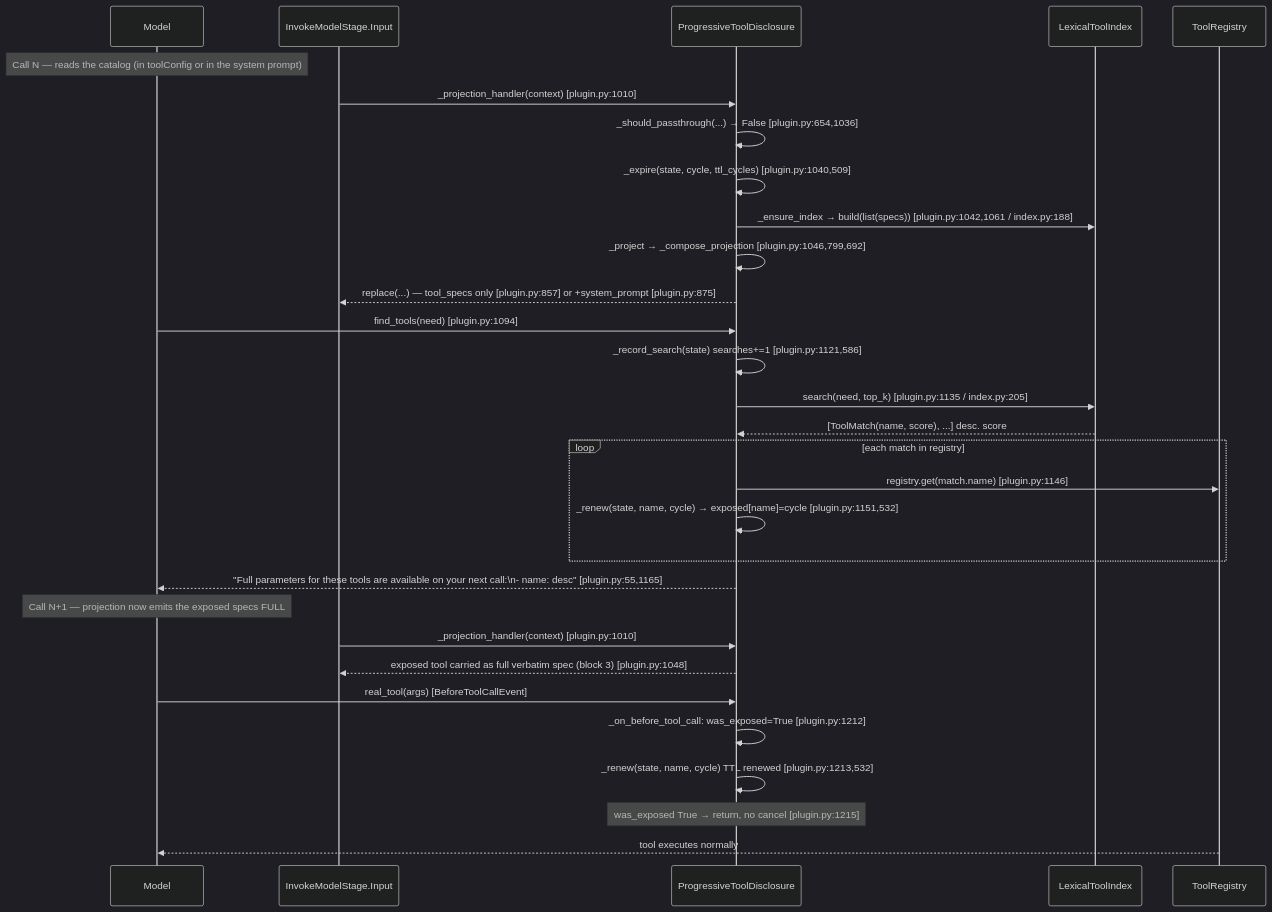
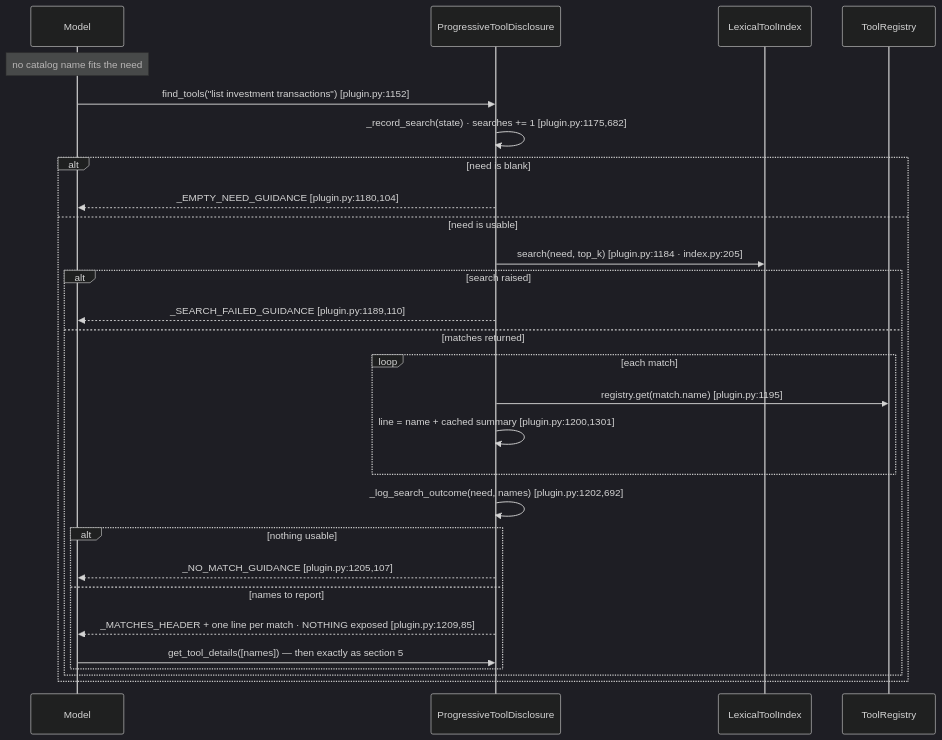
One commit to aws-samples/sample-context-engineering changed the third of 5 diagrams in docs/design/sequence/sequence-b-progressive-tool-disclosure.md. Above: the diagram before and after it, drawn with Mermaid (dark theme). The commit also changed other lines of this file and 5 other files, not shown here.

First line of the commit message:
docs(disclosure): describe the system-prompt catalog and get_tool_details

````diff
--- a/docs/design/sequence/sequence-b-progressive-tool-disclosure.md
+++ b/docs/design/sequence/sequence-b-progressive-tool-disclosure.md
@@ -259,33 +221,31 @@
 ```mermaid
 sequenceDiagram
     participant Model
-    participant Stage as InvokeModelStage.Input
     participant Plugin as ProgressiveToolDisclosure
     participant Index as LexicalToolIndex
     participant Reg as ToolRegistry
 
-    Note over Model: Call N — reads the catalog (in toolConfig or in the system prompt)
-    Stage->>Plugin: _projection_handler(context) [plugin.py:1010]
-    Plugin->>Plugin: _should_passthrough(...) → False [plugin.py:654,1036]
-    Plugin->>Plugin: _expire(state, cycle, ttl_cycles) [plugin.py:1040,509]
-    Plugin->>Index: _ensure_index → build(list(specs)) [plugin.py:1042,1061 / index.py:188]
-    Plugin->>Plugin: _project → _compose_projection [plugin.py:1046,799,692]
-    Plugin-->>Stage: replace(...) — tool_specs only [plugin.py:857] or +system_prompt [plugin.py:875]
-    Model->>Plugin: find_tools(need) [plugin.py:1094]
-    Plugin->>Plugin: _record_search(state) searches+=1 [plugin.py:1121,586]
-    Plugin->>Index: search(need, top_k) [plugin.py:1135 / index.py:205]
-    Index-->>Plugin: [ToolMatch(name, score), ...] desc. score
-    loop each match in registry
-        Plugin->>Reg: registry.get(match.name) [plugin.py:1146]
-        Plugin->>Plugin: _renew(state, name, cycle) → exposed[name]=cycle [plugin.py:1151,532]
+    Note over Model: no catalog name fits the need
+    Model->>Plugin: find_tools("list investment transactions") [plugin.py:1152]
+    Plugin->>Plugin: _record_search(state) · searches += 1 [plugin.py:1175,682]
+    alt need is blank
+        Plugin-->>Model: _EMPTY_NEED_GUIDANCE [plugin.py:1180,104]
+    else need is usable
+        Plugin->>Index: search(need, top_k) [plugin.py:1184 · index.py:205]
+        alt search raised
+            Plugin-->>Model: _SEARCH_FAILED_GUIDANCE [plugin.py:1189,110]
+        else matches returned
+            loop each match
+                Plugin->>Reg: registry.get(match.name) [plugin.py:1195]
+                Plugin->>Plugin: line = name + cached summary [plugin.py:1200,1301]
+            end
+            Plugin->>Plugin: _log_search_outcome(need, names) [plugin.py:1202,692]
+            alt nothing usable
+                Plugin-->>Model: _NO_MATCH_GUIDANCE [plugin.py:1205,107]
+            else names to report
+                Plugin-->>Model: _MATCHES_HEADER + one line per match · NOTHING exposed [plugin.py:1209,85]
+                Model->>Plugin: get_tool_details([names]) — then exactly as section 5
+            end
+        end
     end
-    Plugin-->>Model: "Full parameters for these tools are available on your next call:\n- name: desc" [plugin.py:55,1165]
-    Note over Model: Call N+1 — projection now emits the exposed specs FULL
-    Stage->>Plugin: _projection_handler(context) [plugin.py:1010]
-    Plugin-->>Stage: exposed tool carried as full verbatim spec (block 3) [plugin.py:1048]
-    Model->>Plugin: real_tool(args) [BeforeToolCallEvent]
-    Plugin->>Plugin: _on_before_tool_call: was_exposed=True [plugin.py:1212]
-    Plugin->>Plugin: _renew(state, name, cycle) TTL renewed [plugin.py:1213,532]
-    Note over Plugin: was_exposed True → return, no cancel [plugin.py:1215]
-    Reg-->>Model: tool executes normally
 ```
````
